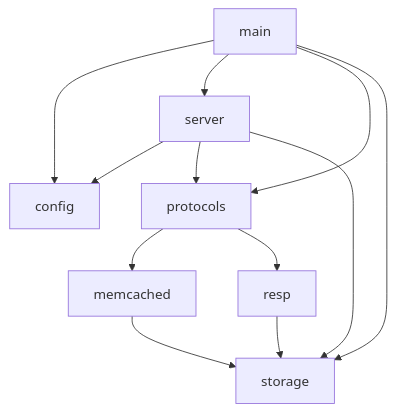
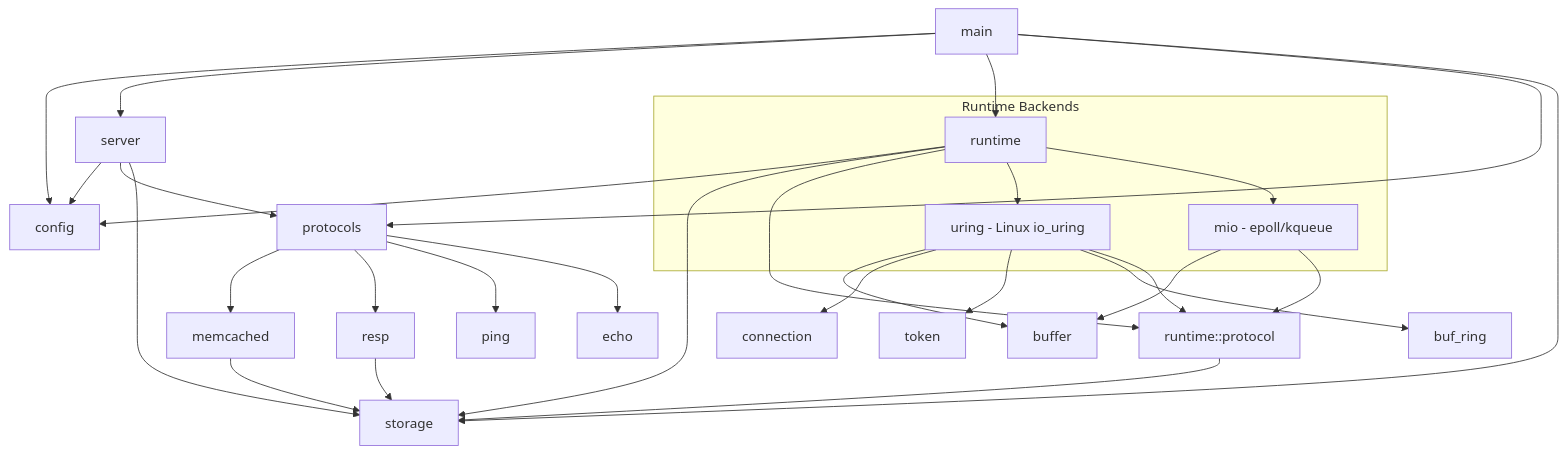
One commit to pelikan-io/grow-a-cache changed the diagram in docs/architecture.md. Above: the diagram before and after it, drawn with Mermaid. The commit also changed other lines of this file, not shown here.

Commit message:
Update architecture doc with runtime module structure
- Add runtime module and backends (uring, mio) to diagram
- Document io_uring submodules (buf_ring, connection, token)
- Add ping/echo protocols to diagram
- Add runtime options table

🤖 Generated with [Claude Code](https://claude.com/claude-code)

````diff
--- a/docs/architecture.md
+++ b/docs/architecture.md
@@ -5,14 +5,40 @@
 ```mermaid
 graph TD
     main --> config
     main --> server
+    main --> runtime
     main --> protocols
     main --> storage
+
     server --> config
     server --> protocols
     server --> storage
+
+    runtime --> config
+    runtime --> storage
+    runtime --> runtime_protocol[runtime::protocol]
+
+    runtime_protocol --> storage
+
+    subgraph runtime_backends[Runtime Backends]
+        runtime --> uring[uring - Linux io_uring]
+        runtime --> mio[mio - epoll/kqueue]
+    end
+
+    uring --> buffer
+    uring --> connection
+    uring --> token
+    uring --> buf_ring
+    uring --> runtime_protocol
+
+    mio --> buffer
+    mio --> runtime_protocol
+
     protocols --> memcached
     protocols --> resp
+    protocols --> ping
+    protocols --> echo
+
     memcached --> storage
     resp --> storage
 ```
````
